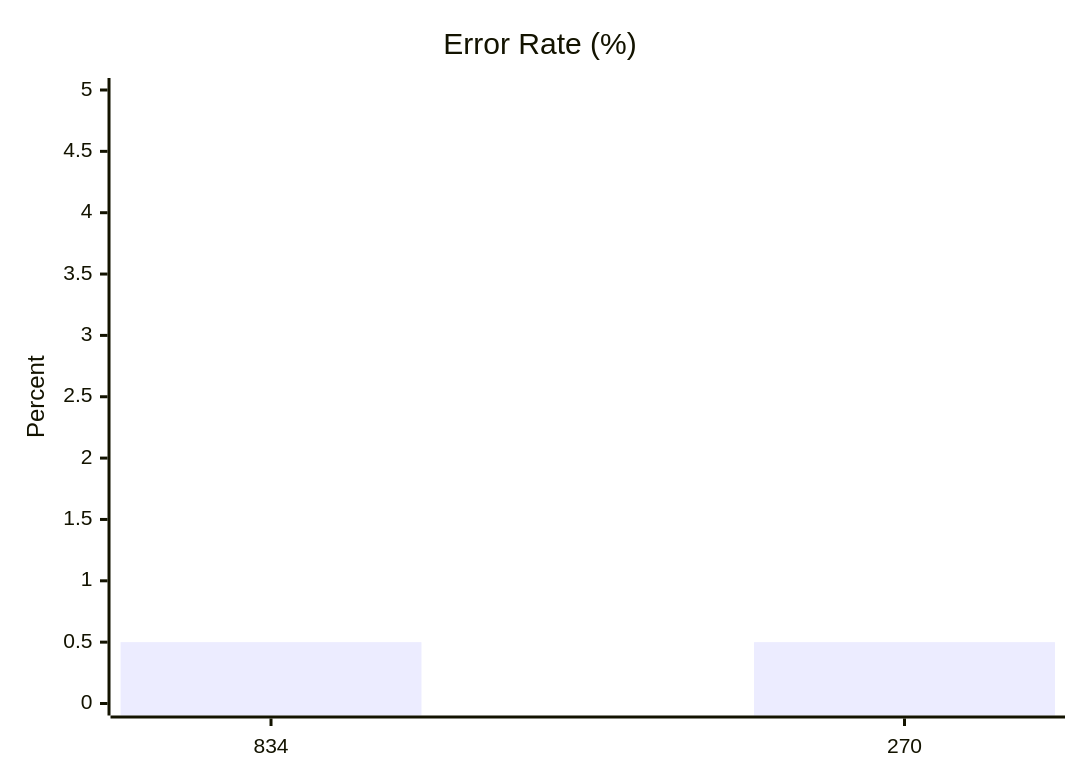
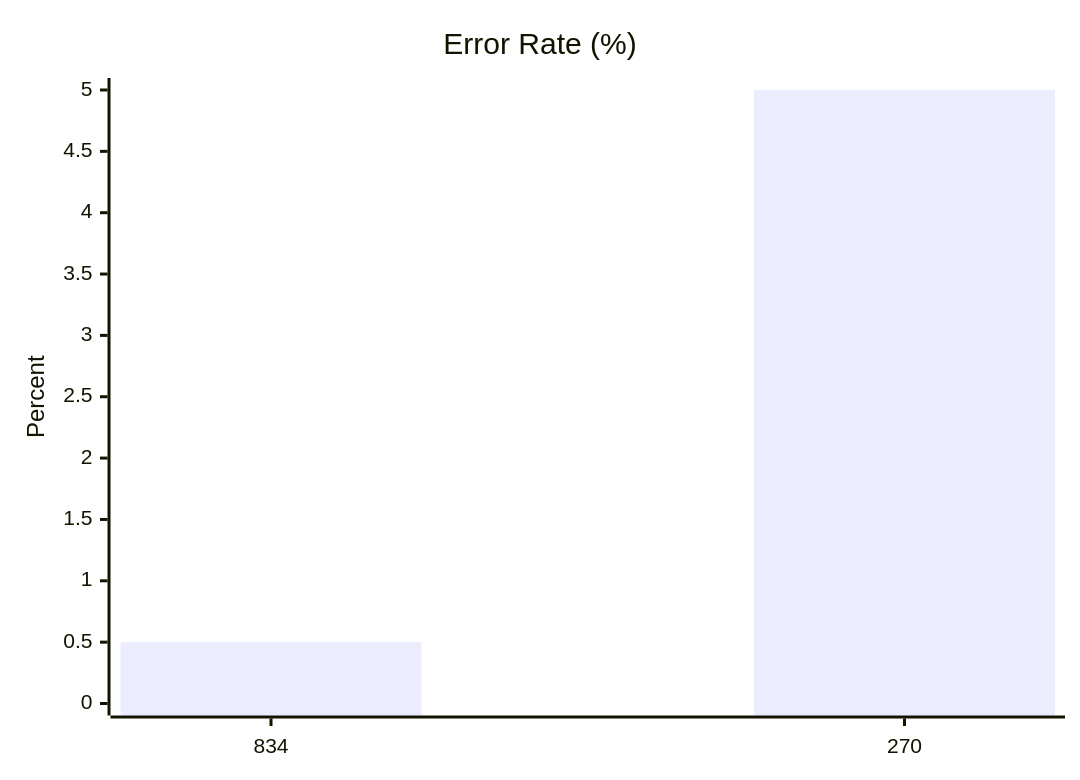
Before and after one commit to dhagan-va/intern-2025: the fourth of 10 diagrams in test-tools/DataGen/src/Statistics_Visualizer.md, drawn with Mermaid. The commit also changed other lines of this file and 5 other files, not shown here.

````diff
--- a/test-tools/DataGen/src/Statistics_Visualizer.md
+++ b/test-tools/DataGen/src/Statistics_Visualizer.md
@@ -47,7 +47,7 @@
 ```mermaid
 xychart-beta
     title "Error Rate (%)"
     x-axis ["834", "270"]
     y-axis "Percent" 0 --> 5
-    bar [0.5, 0.5]
+    bar [0.5, 5.0]
 ```
````
